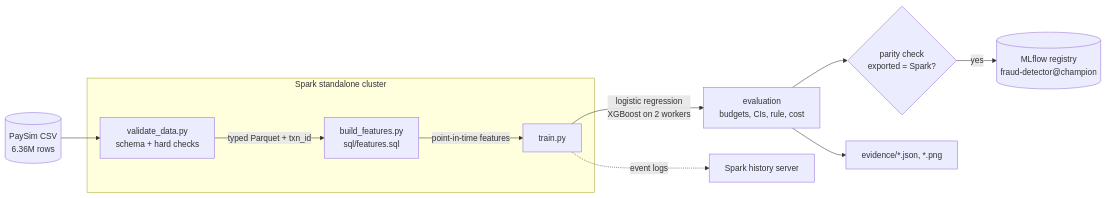
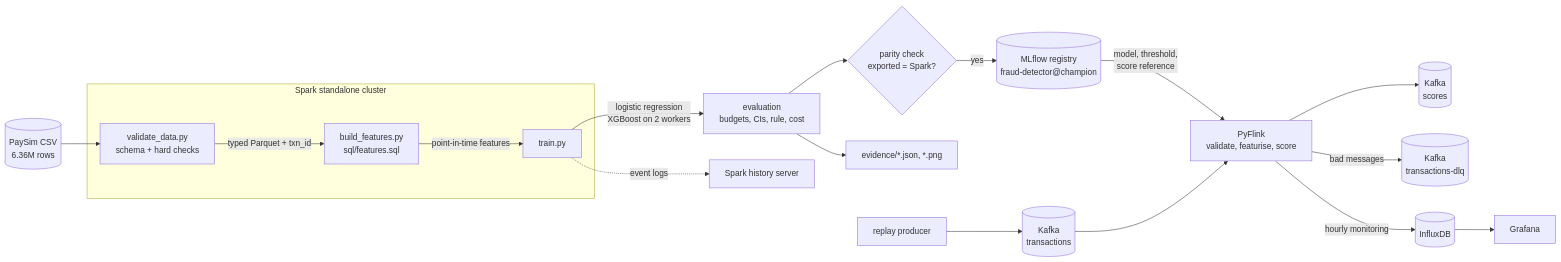
One commit to lahiruweerasingha/realtime-fraud-detection changed the diagram in README.md. Above: the diagram before and after it, drawn with Mermaid. The commit also changed other lines of this file and 5 other files, not shown here.

````diff
--- a/README.md
+++ b/README.md
@@ -51,16 +96,23 @@
 ```mermaid
 flowchart LR
     CSV[(PaySim CSV<br/>6.36M rows)] --> V[validate_data.py<br/>schema + hard checks]
     V -->|typed Parquet + txn_id| F[build_features.py<br/>sql/features.sql]
     F -->|point-in-time features| T[train.py]
     subgraph Spark standalone cluster
         V
         F
         T
     end
     T -->|logistic regression<br/>XGBoost on 2 workers| E[evaluation<br/>budgets, CIs, rule, cost]
     E --> P{parity check<br/>exported = Spark?}
     P -->|yes| R[(MLflow registry<br/>fraud-detector@champion)]
     T -.->|event logs| H[Spark history server]
     E --> EV[evidence/*.json, *.png]
+
+    R -->|model, threshold,<br/>score reference| FL
+    PR[replay producer] --> K[(Kafka<br/>transactions)]
+    K --> FL[PyFlink<br/>validate, featurise, score]
+    FL --> SC[(Kafka<br/>scores)]
+    FL -->|bad messages| DLQ[(Kafka<br/>transactions-dlq)]
+    FL -->|hourly monitoring| IN[(InfluxDB)] --> G[Grafana]
 ```
````
